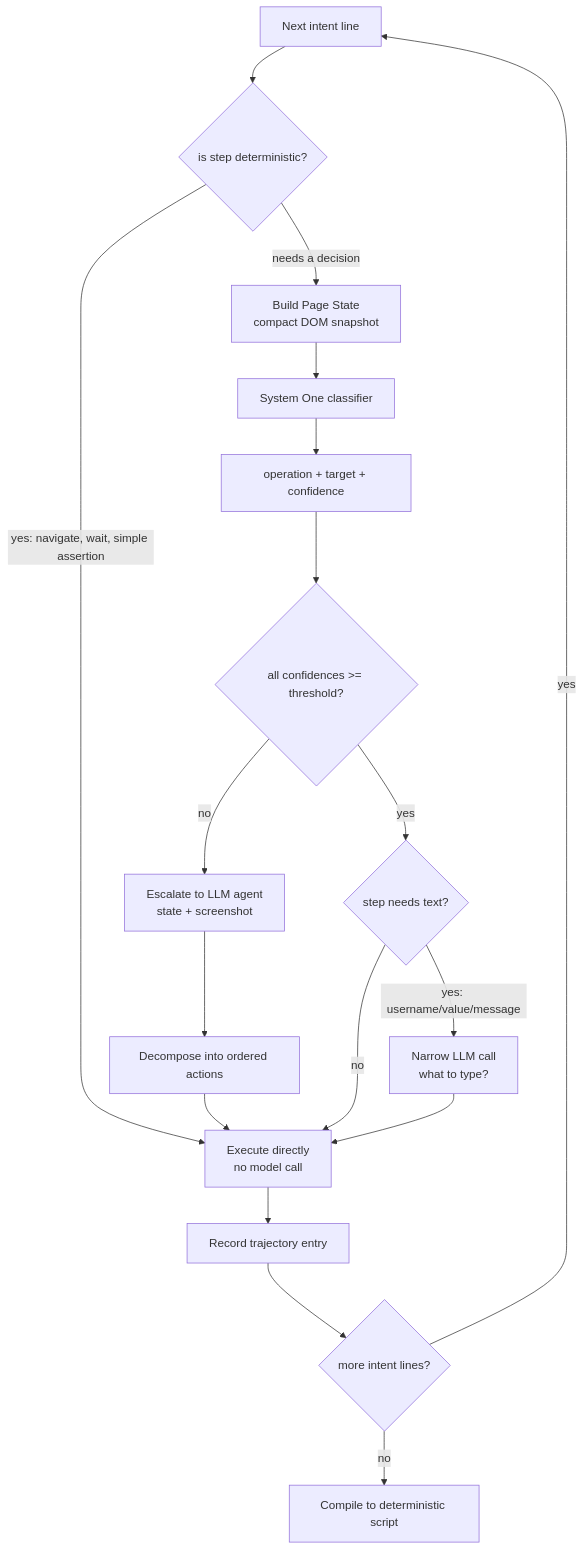
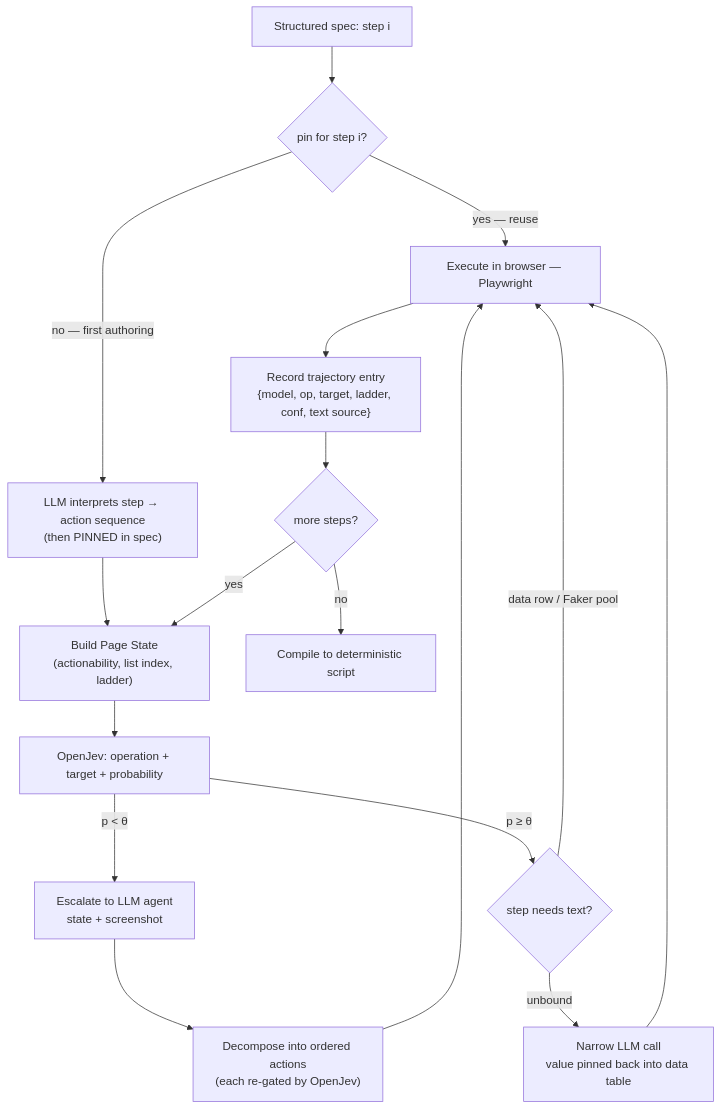
The second of 2 diagrams in docs/ARCHITECTURE.md (manjufkanavi/jev-harness), drawn with Mermaid before and after one commit. The commit also changed other lines of this file and 3 other files, not shown here.

````diff
--- a/docs/ARCHITECTURE.md
+++ b/docs/ARCHITECTURE.md
@@ -35,20 +173,19 @@
 ```mermaid
 flowchart TD
-    S[Next intent line] --> D{"is step deterministic?"}
-    D -- "yes: navigate, wait, simple assertion" --> EXE[Execute directly<br/>no model call]
-    D -- "needs a decision" --> PS[Build Page State<br/>compact DOM snapshot]
-    PS --> S1[System One classifier]
-    S1 --> Q[operation + target + confidence]
-    Q --> G{all confidences >= threshold?}
-    G -- "no" --> ESC[Escalate to LLM agent<br/>state + screenshot]
-    ESC --> DECOMP["Decompose into ordered actions"]
+    SPEC[Structured spec: step i] --> PIN{"pin for step i?"}
+    PIN -->|"yes — reuse"| EXE
+    PIN -->|"no — first authoring"| INT["LLM interprets step → action sequence<br/>(then PINNED in spec)"]
+    INT --> PS["Build Page State<br/>(actionability, list index, ladder)"]
+    PS --> S1["OpenJev: operation + target + probability"]
+    S1 -->|"p ≥ θ"| TXT{"step needs text?"}
+    S1 -->|"p < θ"| ESC["Escalate to LLM agent<br/>state + screenshot"]
+    ESC --> DECOMP["Decompose into ordered actions<br/>(each re-gated by OpenJev)"]
+    TXT -->|"data row / Faker pool"| EXE[Execute in browser — Playwright]
+    TXT -->|"unbound"| NARROW["Narrow LLM call<br/>value pinned back into data table"]
+    NARROW --> EXE
     DECOMP --> EXE
-    G -- "yes" --> TXT{"step needs text?"}
-    TXT -- "no" --> EXE
-    TXT -- "yes: username/value/message" --> NARROW[Narrow LLM call<br/>what to type?]
-    NARROW --> EXE
-    EXE --> REC[Record trajectory entry]
-    REC --> NX{more intent lines?}
-    NX -- "yes" --> S
-    NX -- "no" --> COMP[Compile to deterministic script]
+    EXE --> REC["Record trajectory entry<br/>{model, op, target, ladder, conf, text source}"]
+    REC --> NX{more steps?}
+    NX -->|yes| PS
+    NX -->|no| COMP["Compile to deterministic script"]
 ```
````
